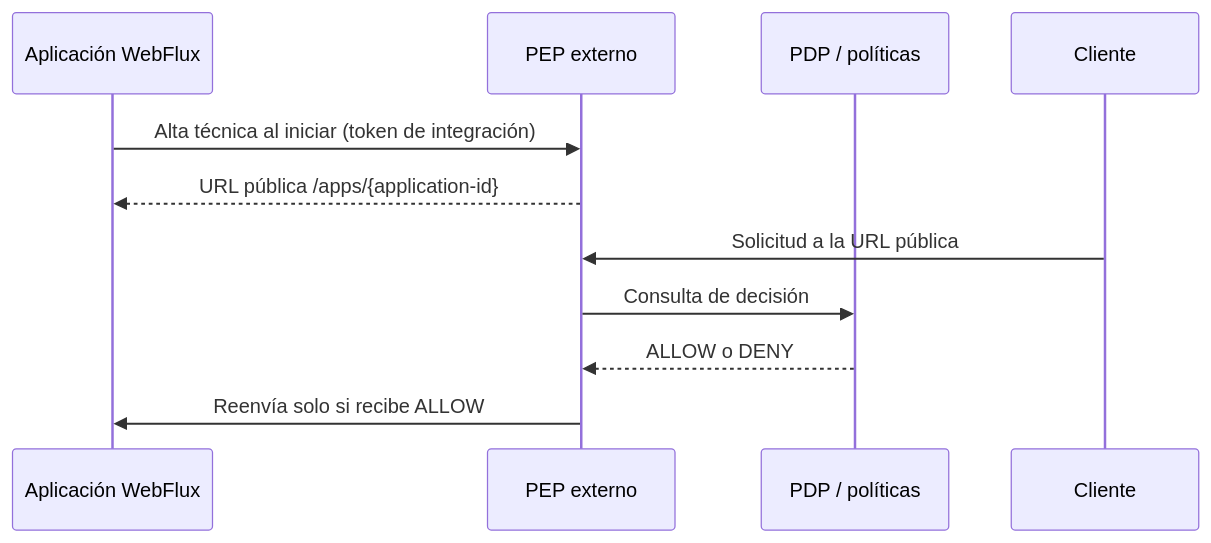
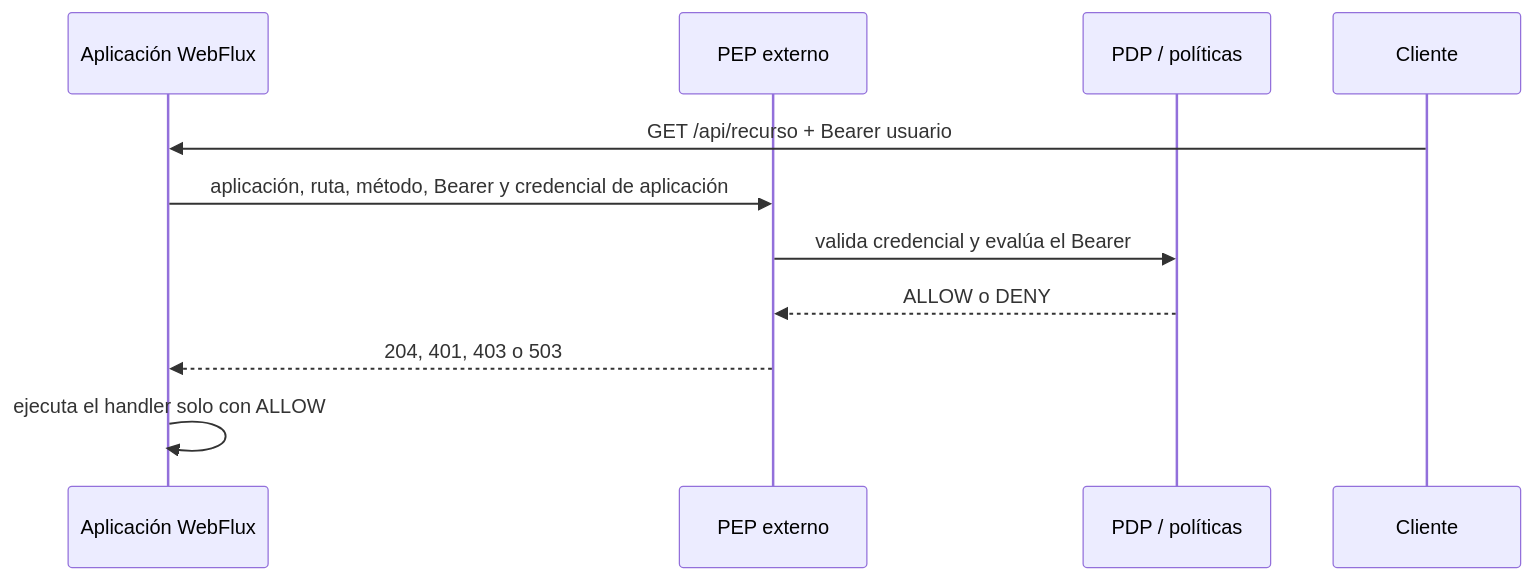
Before and after one commit to Seguridad-UCO/securityBaseline: the diagram in pep/starter/README.md, drawn with Mermaid. The commit also changed other lines of this file and 50 other files, not shown here.

````diff
--- a/pep/starter/README.md
+++ b/pep/starter/README.md
@@ -9,14 +9,14 @@
 ```mermaid
 sequenceDiagram
     participant App as Aplicación WebFlux
     participant PEP as PEP externo
     participant PDP as PDP / políticas
     participant Client as Cliente
 
-    App->>PEP: Alta técnica al iniciar (token de integración)
-    PEP-->>App: URL pública /apps/{application-id}
-    Client->>PEP: Solicitud a la URL pública
-    PEP->>PDP: Consulta de decisión
+    Client->>App: GET /api/recurso + Bearer usuario
+    App->>PEP: aplicación, ruta, método, Bearer y credencial de aplicación
+    PEP->>PDP: valida credencial y evalúa el Bearer
     PDP-->>PEP: ALLOW o DENY
-    PEP->>App: Reenvía solo si recibe ALLOW
+    PEP-->>App: 204, 401, 403 o 503
+    App->>App: ejecuta el handler solo con ALLOW
 ```
````
